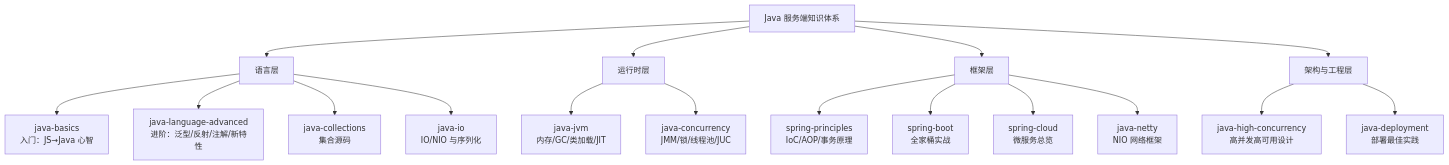
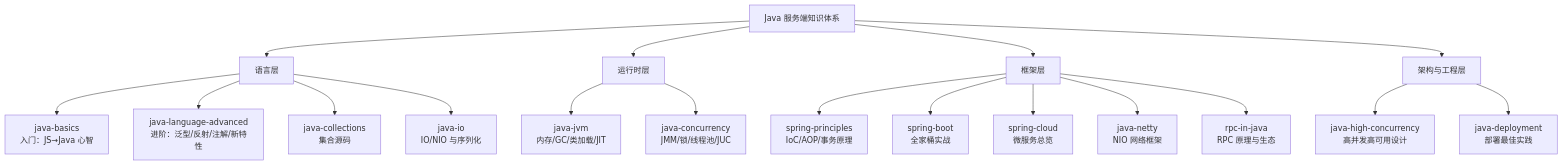
One commit to jun2333/knowledge changed the diagram in docs/service/java/index.md. Above: the diagram before and after it, drawn with Mermaid. The commit also changed other lines of this file and 5 other files, not shown here.

First line of the commit message:
feat(java): 新增 RPC 原理与 Java 生态篇，打通微服务调用链

````diff
--- a/docs/service/java/index.md
+++ b/docs/service/java/index.md
@@ -9,23 +9,24 @@
 ```mermaid
 graph TD
     A[Java 服务端知识体系] --> B[语言层]
     A --> C[运行时层]
     A --> D[框架层]
     A --> E[架构与工程层]
 
     B --> B1["java-basics<br/>入门：JS→Java 心智"]
     B --> B2["java-language-advanced<br/>进阶：泛型/反射/注解/新特性"]
     B --> B3["java-collections<br/>集合源码"]
     B --> B4["java-io<br/>IO/NIO 与序列化"]
 
     C --> C1["java-jvm<br/>内存/GC/类加载/JIT"]
     C --> C2["java-concurrency<br/>JMM/锁/线程池/JUC"]
 
     D --> D1["spring-principles<br/>IoC/AOP/事务原理"]
     D --> D2["spring-boot<br/>全家桶实战"]
     D --> D3["spring-cloud<br/>微服务总览"]
     D --> D4["java-netty<br/>NIO 网络框架"]
+    D --> D5["rpc-in-java<br/>RPC 原理与生态"]
 
     E --> E1["java-high-concurrency<br/>高并发高可用设计"]
     E --> E2["java-deployment<br/>部署最佳实践"]
 ```
````
